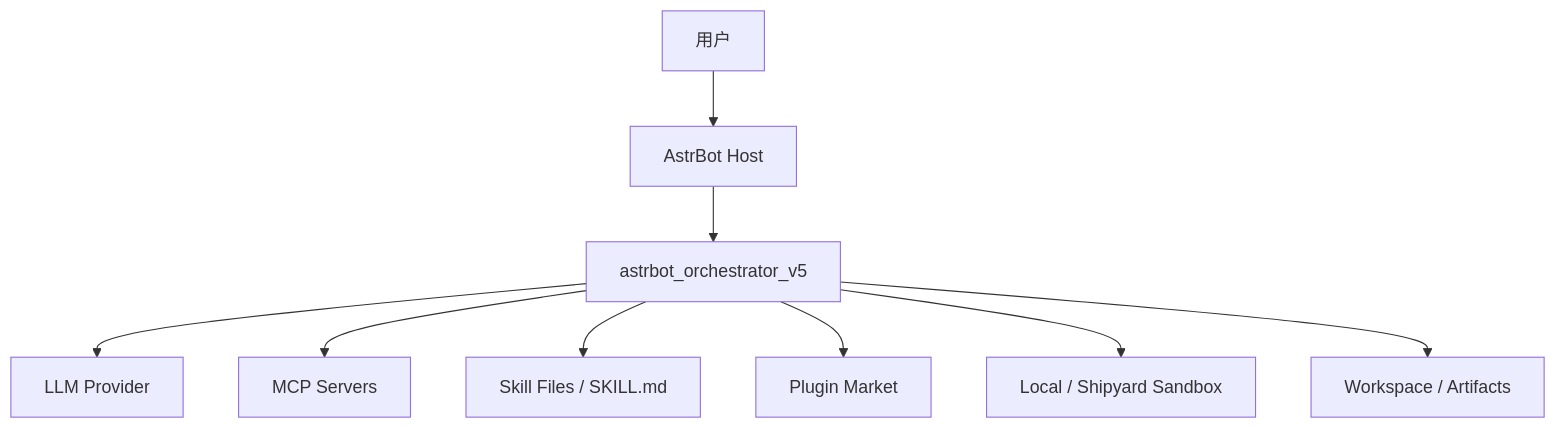
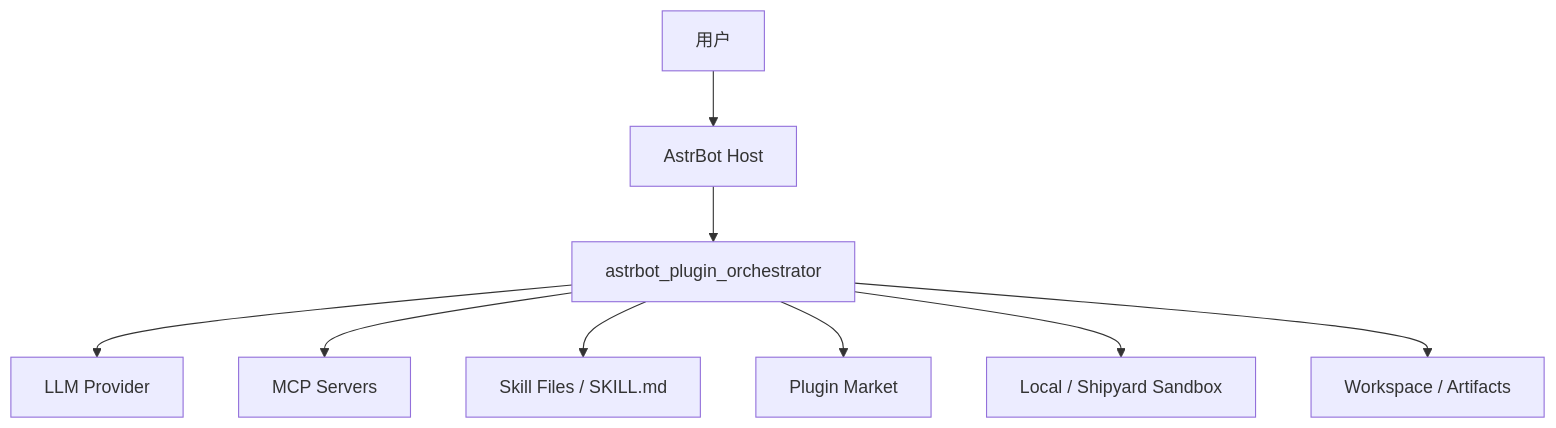
One commit to Jerry2003826/astrbot_orchestrator changed the first of 5 diagrams in docs/architecture.md. Above: the diagram before and after it, drawn with Mermaid. The commit also changed other lines of this file and 8 other files, not shown here.

First line of the commit message:
chore: 更名 astrbot_plugin_orchestrator 以符合插件市场命名规范

````diff
--- a/docs/architecture.md
+++ b/docs/architecture.md
@@ -13,12 +13,12 @@
 ```mermaid
 flowchart TB
     User[用户] --> AstrBot[AstrBot Host]
-    AstrBot --> Plugin[astrbot_orchestrator_v5]
+    AstrBot --> Plugin[astrbot_plugin_orchestrator]
 
     Plugin --> LLM[LLM Provider]
     Plugin --> MCP[MCP Servers]
     Plugin --> Skills[Skill Files / SKILL.md]
     Plugin --> Market[Plugin Market]
     Plugin --> Sandbox[Local / Shipyard Sandbox]
     Plugin --> Workspace[Workspace / Artifacts]
 ```
````
